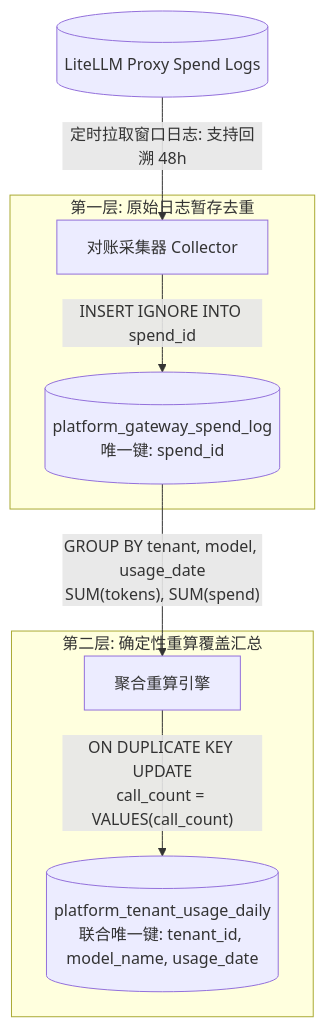
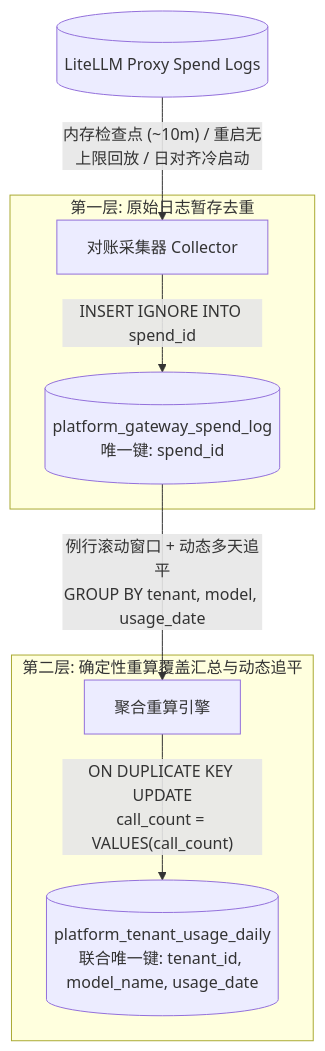
One commit to Sanderhoff-alt/oh-my-ragflow changed the sixth of 8 diagrams in extensions/model-platform/implementation-plan.zh-CN.md. Above: the diagram before and after it, drawn with Mermaid. The commit also changed other lines of this file and 11 other files, not shown here.

````diff
--- a/extensions/model-platform/implementation-plan.zh-CN.md
+++ b/extensions/model-platform/implementation-plan.zh-CN.md
@@ -602,13 +607,13 @@
 ```mermaid
 flowchart TD
-    LiteLLM[("LiteLLM Proxy Spend Logs")] -->|"定时拉取窗口日志: 支持回溯 48h"| Collector["对账采集器 Collector"]
+    LiteLLM[("LiteLLM Proxy Spend Logs")] -->|"内存检查点 (~10m) / 重启无上限回放 / 日对齐冷启动"| Collector["对账采集器 Collector"]
 
     subgraph Tier1_Staging ["第一层: 原始日志暂存去重"]
         Collector -->|"INSERT IGNORE INTO spend_id"| SpendLogTable[("platform_gateway_spend_log<br>唯一键: spend_id")]
     end
 
-    subgraph Tier2_Aggregation ["第二层: 确定性重算覆盖汇总"]
-        SpendLogTable -->|"GROUP BY tenant, model, usage_date<br>SUM(tokens), SUM(spend)"| RollupEngine["聚合重算引擎"]
+    subgraph Tier2_Aggregation ["第二层: 确定性重算覆盖汇总与动态追平"]
+        SpendLogTable -->|"例行滚动窗口 + 动态多天追平<br>GROUP BY tenant, model, usage_date"| RollupEngine["聚合重算引擎"]
         RollupEngine -->|"ON DUPLICATE KEY UPDATE<br>call_count = VALUES(call_count)"| DailyTable[("platform_tenant_usage_daily<br>联合唯一键: tenant_id, model_name, usage_date")]
     end
 ```
````
